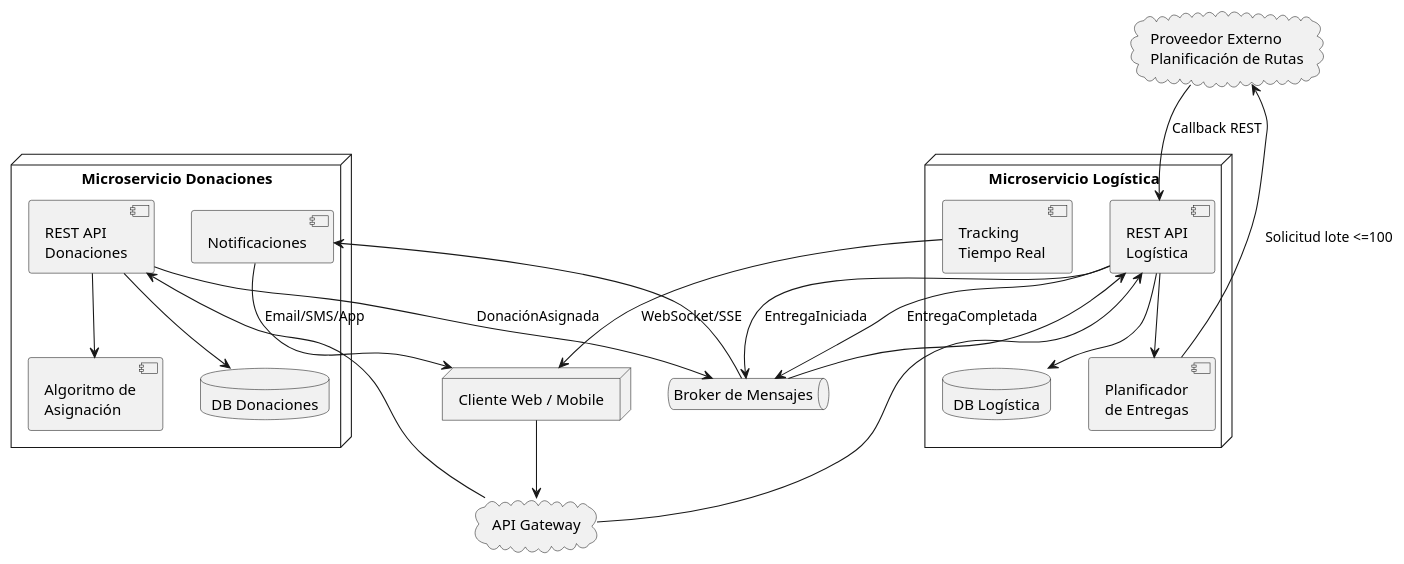
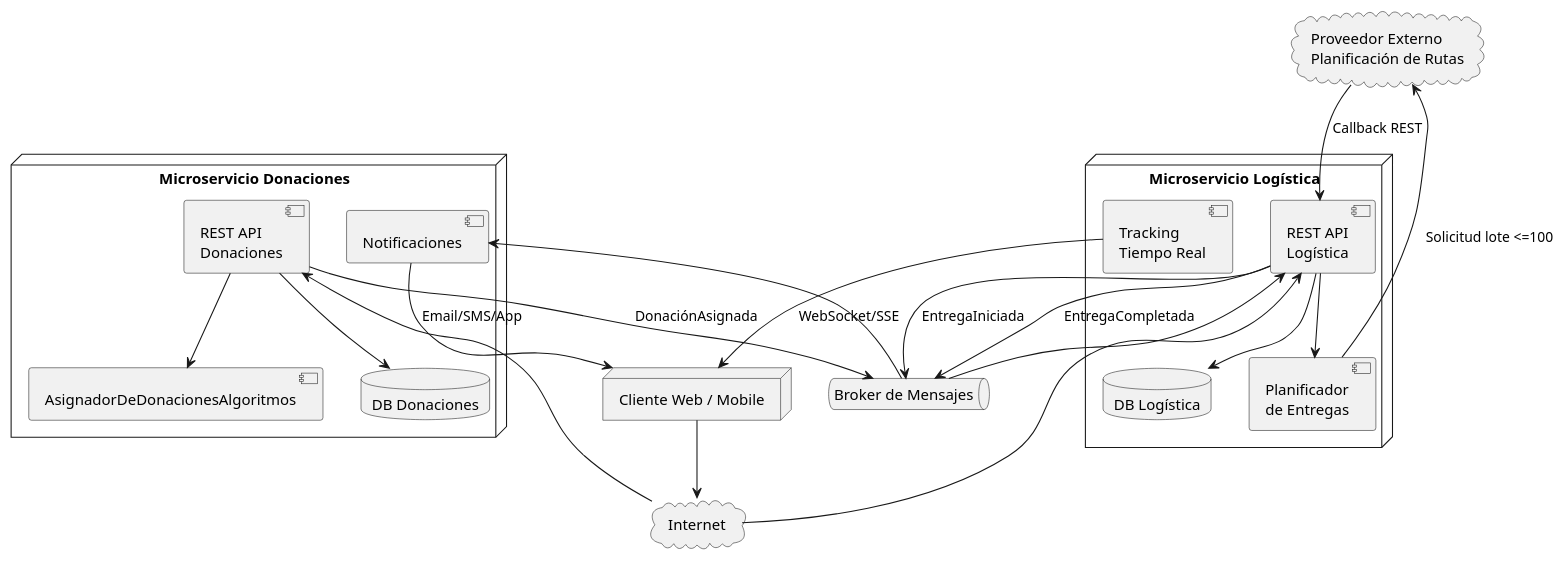
One commit to pacoDan/obsidian_pacodan changed the diagram in DDS-Notas/TPS 2026/TPA/TPA2/diagrama_de_despliegue.md. Above: the diagram before and after it, drawn with PlantUML. The commit also changed 25 other files, not shown here.

````diff
--- a/DDS-Notas/TPS 2026/TPA/TPA2/diagrama_de_despliegue.md
+++ b/DDS-Notas/TPS 2026/TPA/TPA2/diagrama_de_despliegue.md
@@ -2,63 +2,63 @@
 ```plantuml
 @startuml
 
 node "Cliente Web / Mobile" as Cliente
 
-cloud "API Gateway" as Gateway
+cloud "Internet" as Gateway
 
 node "Microservicio Donaciones" as Donaciones {
 
     component "REST API\nDonaciones" as DonacionesAPI
 
-    component "Algoritmo de\nAsignación" as Asignador
+    component "AsignadorDeDonacionesAlgoritmos" as Asignador
 
     component "Notificaciones" as Notificador
 
     database "DB Donaciones" as DBDonaciones
 }
 
 node "Microservicio Logística" as Logistica {
 
     component "REST API\nLogística" as LogisticaAPI
 
     component "Planificador\nde Entregas" as Planificador
 
     component "Tracking\nTiempo Real" as Tracking
 
     database "DB Logística" as DBLogistica
 }
 
 queue "Broker de Mensajes" as Broker
 
 cloud "Proveedor Externo\nPlanificación de Rutas" as Externo
 
 Cliente --> Gateway
 
 Gateway --> DonacionesAPI
 Gateway --> LogisticaAPI
 
 DonacionesAPI --> DBDonaciones
 LogisticaAPI --> DBLogistica
 
 DonacionesAPI --> Broker : DonaciónAsignada
 Broker --> LogisticaAPI
 
 DonacionesAPI --> Asignador
 
 LogisticaAPI --> Planificador
 
 Planificador --> Externo : Solicitud lote <=100
 
 Externo --> LogisticaAPI : Callback REST
 
 Tracking --> Cliente : WebSocket/SSE
 
 LogisticaAPI --> Broker : EntregaIniciada
 LogisticaAPI --> Broker : EntregaCompletada
 
 Broker --> Notificador
 
 Notificador --> Cliente : Email/SMS/App
 
 @enduml
 ```
````
